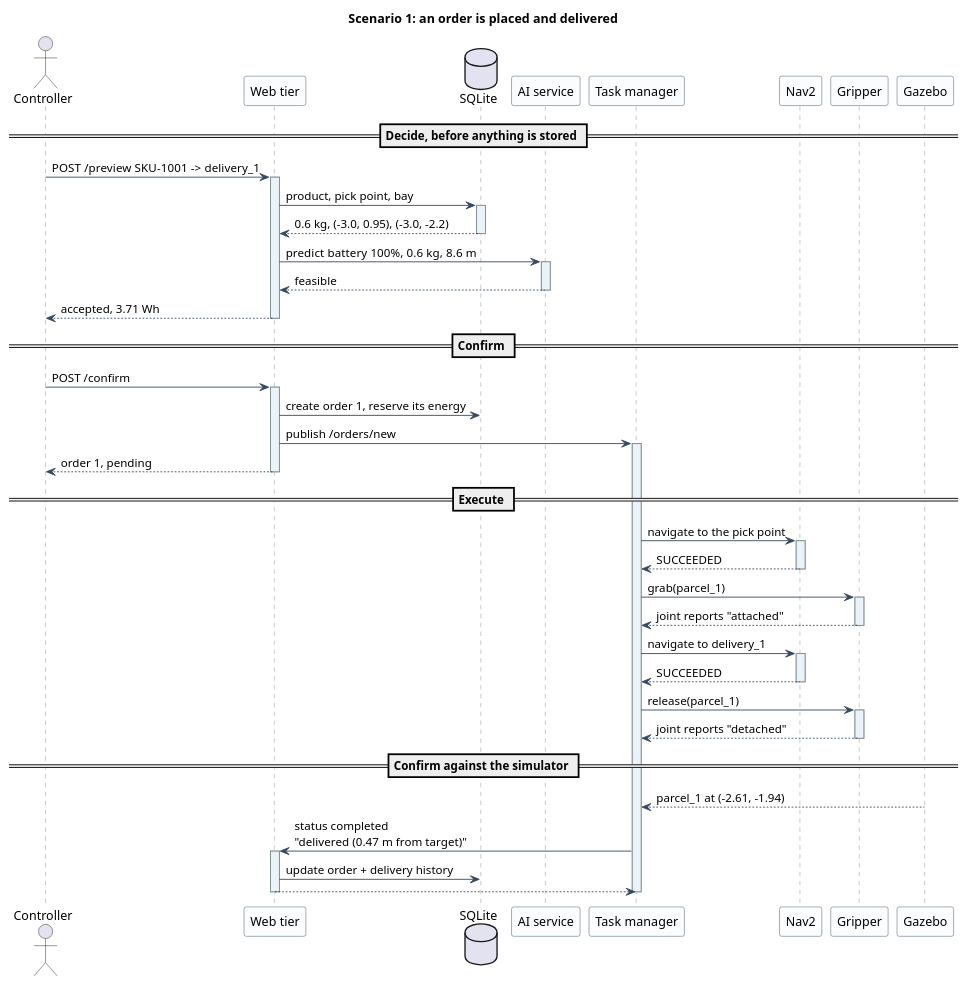
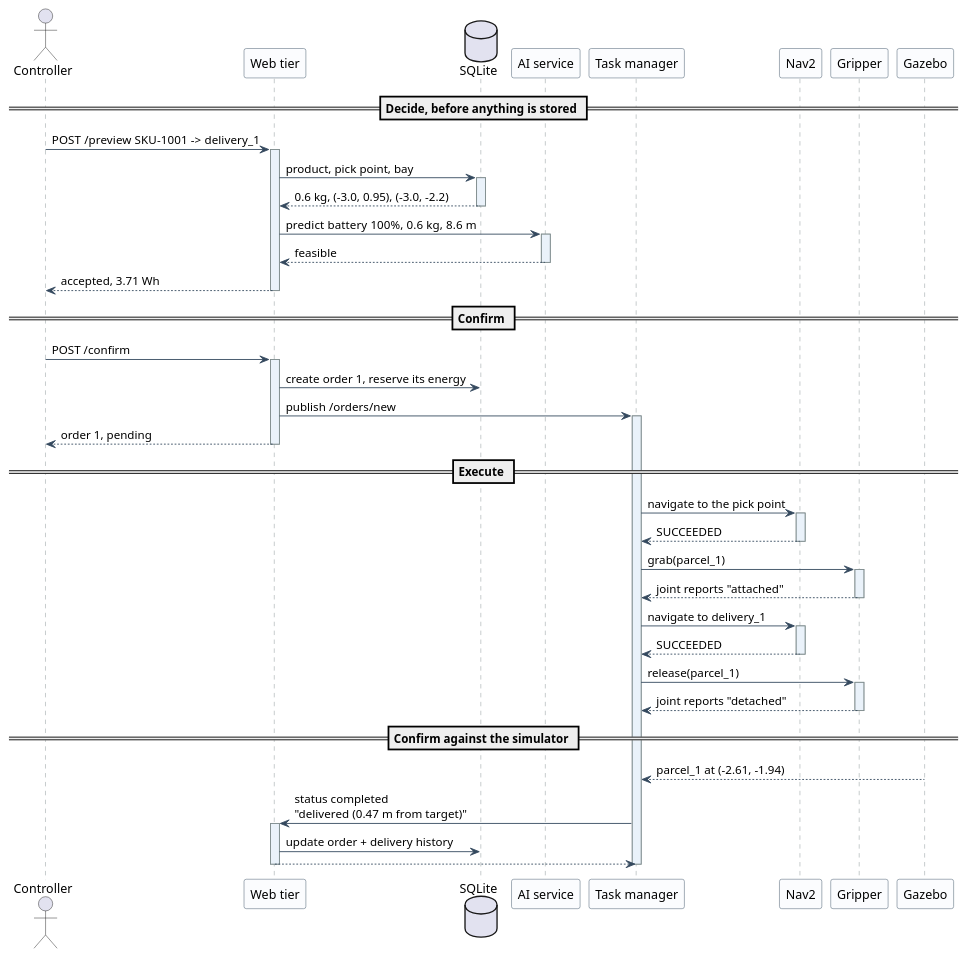
One commit to ArianShafagh/robofetch changed the diagram in report/uml/03-sequence-order-success.puml. Above: the diagram before and after it, drawn with PlantUML. The commit also changed 24 other files, not shown here.

First line of the commit message:
Diagrams: drop the titles and the prose, explain them in the report instead

```diff
--- a/report/uml/03-sequence-order-success.puml
+++ b/report/uml/03-sequence-order-success.puml
@@ -8,54 +8,53 @@
 @startuml
 skinparam backgroundColor White
 skinparam shadowing false
 skinparam sequence {
   ArrowColor #34495E
   LifeLineBorderColor #7F8C8D
   ParticipantBorderColor #34495E
   ParticipantBackgroundColor #FBFCFE
   LifeLineBackgroundColor #EAF2FA
 }
 
-title Scenario 1: an order is placed and delivered
 
 actor Controller as C
 participant "Web tier" as API
 database "SQLite" as DB
 participant "AI service" as AI
 participant "Task manager" as TM
 participant "Nav2" as NAV
 participant "Gripper" as GR
 participant "Gazebo" as GZ
 
 == Decide, before anything is stored ==
 C -> API ++ : POST /preview  SKU-1001 -> delivery_1
 API -> DB ++ : product, pick point, bay
 DB --> API -- : 0.6 kg, (-3.0, 0.95), (-3.0, -2.2)
 API -> AI ++ : predict  battery 100%, 0.6 kg, 8.6 m
 AI --> API -- : feasible
 API --> C -- : accepted, 3.71 Wh
 
 == Confirm ==
 C -> API ++ : POST /confirm
 API -> DB : create order 1, reserve its energy
 API -> TM ++ : publish /orders/new
 API --> C -- : order 1, pending
 
 == Execute ==
 TM -> NAV ++ : navigate to the pick point
 NAV --> TM -- : SUCCEEDED
 TM -> GR ++ : grab(parcel_1)
 GR --> TM -- : joint reports "attached"
 TM -> NAV ++ : navigate to delivery_1
 NAV --> TM -- : SUCCEEDED
 TM -> GR ++ : release(parcel_1)
 GR --> TM -- : joint reports "detached"
 
 == Confirm against the simulator ==
 GZ --> TM : parcel_1 at (-2.61, -1.94)
 TM -> API ++ : status completed\n"delivered (0.47 m from target)"
 API -> DB : update order + delivery history
 API --> TM --
 deactivate TM
 
 @enduml
```
